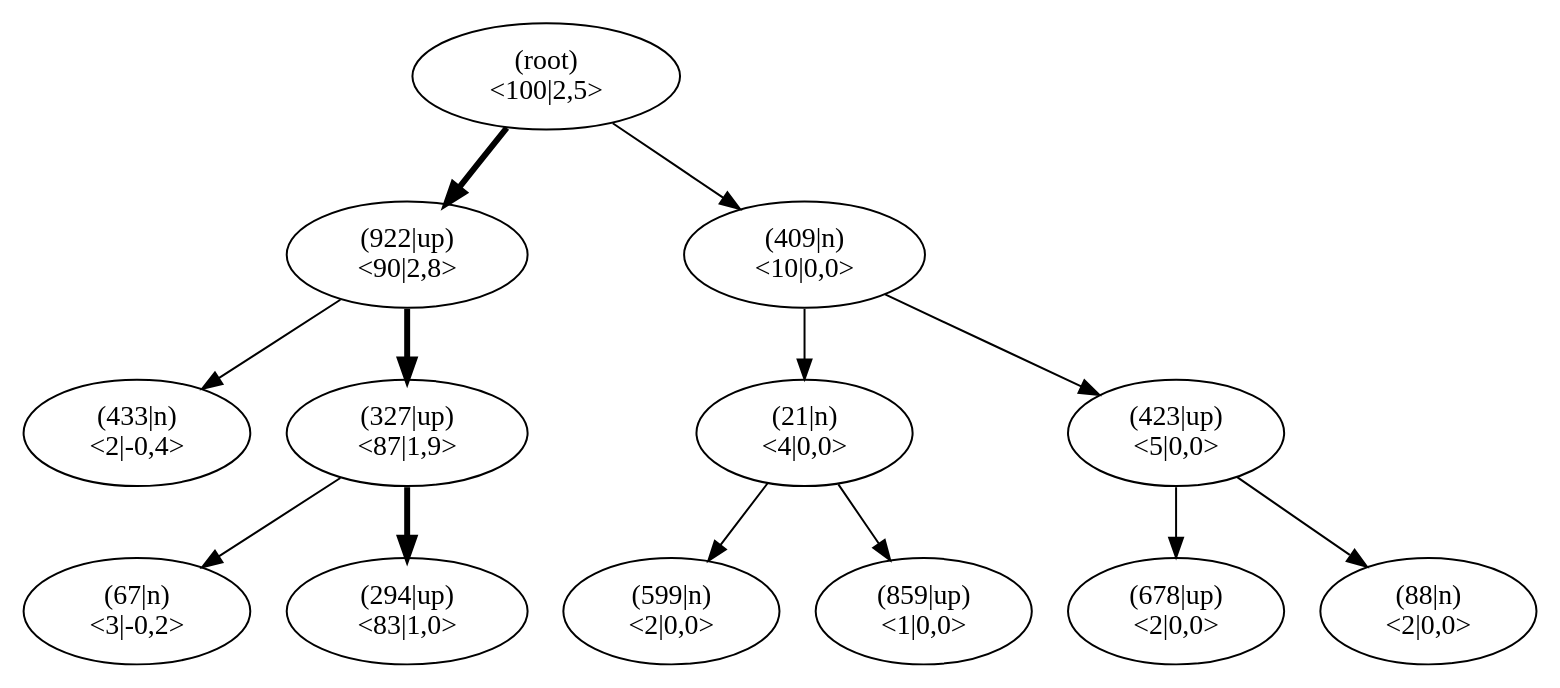
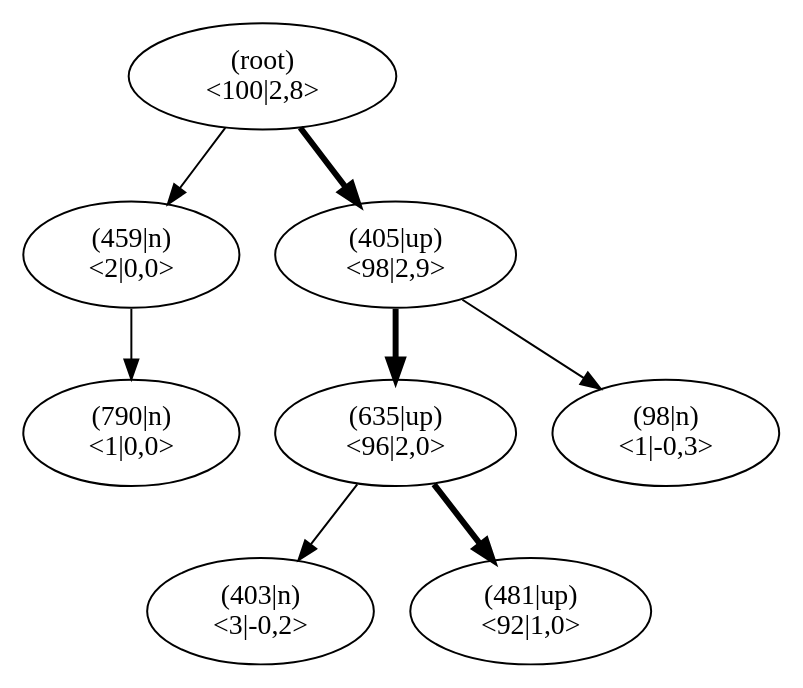
One commit to JonasHellgren/relexp-java changed the diagram in pictures/ch13/jumper_test_mcts.dot. Above: the diagram before and after it, drawn with Graphviz. The commit also changed 20 other files, not shown here.

```diff
--- a/pictures/ch13/jumper_test_mcts.dot
+++ b/pictures/ch13/jumper_test_mcts.dot
@@ -1,41 +1,26 @@
 digraph MCTS {
 node [shape=ellipse];
 Nroot [label="(root)
-<100|2,5>"];
-Nroot -> N922[penwidth=3];
-N922 [label="(922|up)
-<90|2,8>"];
-N922 -> N433[penwidth=1];
-N433 [label="(433|n)
-<2|-0,4>"];
-N922 -> N327[penwidth=3];
-N327 [label="(327|up)
-<87|1,9>"];
-N327 -> N67[penwidth=1];
-N67 [label="(67|n)
+<100|2,8>"];
+Nroot -> N459[penwidth=1];
+N459 [label="(459|n)
+<2|0,0>"];
+N459 -> N790[penwidth=1];
+N790 [label="(790|n)
+<1|0,0>"];
+Nroot -> N405[penwidth=3];
+N405 [label="(405|up)
+<98|2,9>"];
+N405 -> N635[penwidth=3];
+N635 [label="(635|up)
+<96|2,0>"];
+N635 -> N403[penwidth=1];
+N403 [label="(403|n)
 <3|-0,2>"];
-N327 -> N294[penwidth=3];
-N294 [label="(294|up)
-<83|1,0>"];
-Nroot -> N409[penwidth=1];
-N409 [label="(409|n)
-<10|0,0>"];
-N409 -> N21[penwidth=1];
-N21 [label="(21|n)
-<4|0,0>"];
-N21 -> N599[penwidth=1];
-N599 [label="(599|n)
-<2|0,0>"];
-N21 -> N859[penwidth=1];
-N859 [label="(859|up)
-<1|0,0>"];
-N409 -> N423[penwidth=1];
-N423 [label="(423|up)
-<5|0,0>"];
-N423 -> N678[penwidth=1];
-N678 [label="(678|up)
-<2|0,0>"];
-N423 -> N88[penwidth=1];
-N88 [label="(88|n)
-<2|0,0>"];
+N635 -> N481[penwidth=3];
+N481 [label="(481|up)
+<92|1,0>"];
+N405 -> N98[penwidth=1];
+N98 [label="(98|n)
+<1|-0,3>"];
 }
```
